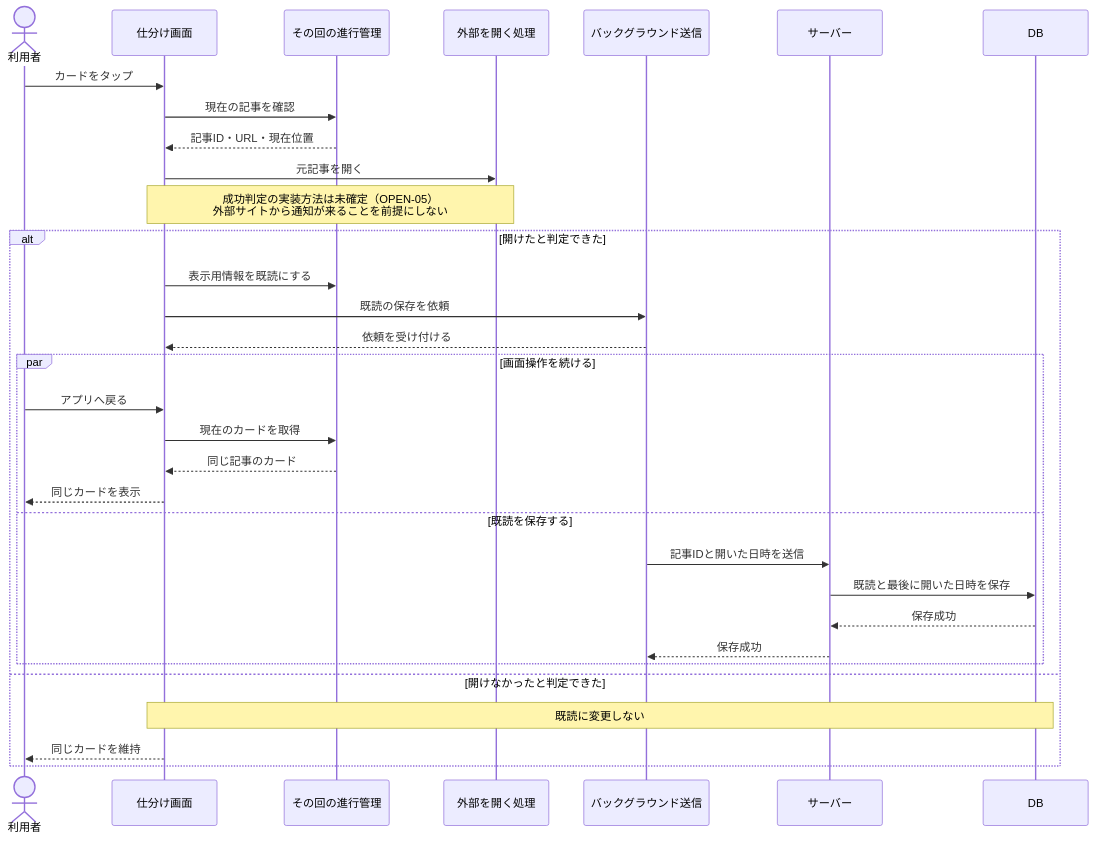
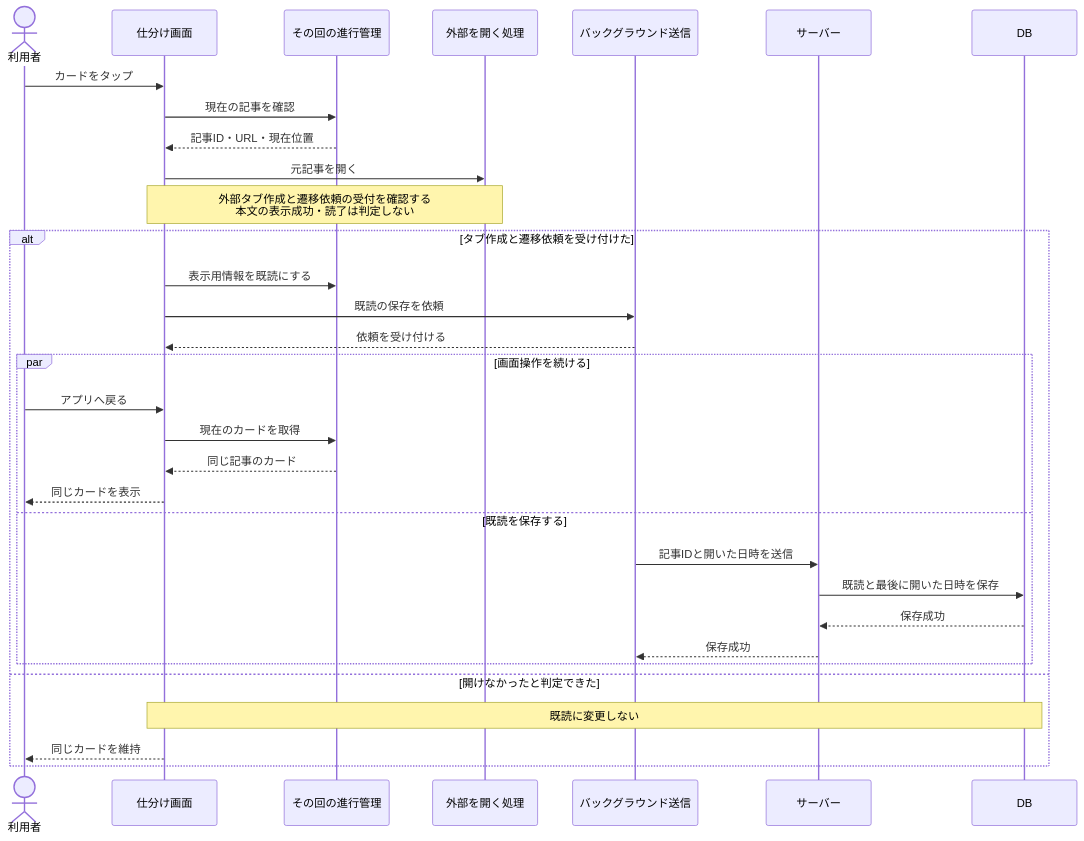
One commit to BeppuKanato/it-discovery changed the fifth of 5 diagrams in docs/sequences.md. Above: the diagram before and after it, drawn with Mermaid. The commit also changed other lines of this file and 6 other files, not shown here.

````diff
--- a/docs/sequences.md
+++ b/docs/sequences.md
@@ -217,36 +217,36 @@
 ```mermaid
 sequenceDiagram
     actor User as 利用者
     participant View as 仕分け画面
     participant Session as その回の進行管理
     participant Open as 外部を開く処理
     participant Background as バックグラウンド送信
     participant Server as サーバー
     participant DB as DB
 
     User->>View: カードをタップ
     View->>Session: 現在の記事を確認
     Session-->>View: 記事ID・URL・現在位置
     View->>Open: 元記事を開く
-    Note over View,Open: 成功判定の実装方法は未確定（OPEN-05）<br/>外部サイトから通知が来ることを前提にしない
+    Note over View,Open: 外部タブ作成と遷移依頼の受付を確認する<br/>本文の表示成功・読了は判定しない
 
-    alt 開けたと判定できた
+    alt タブ作成と遷移依頼を受け付けた
         View->>Session: 表示用情報を既読にする
         View->>Background: 既読の保存を依頼
         Background-->>View: 依頼を受け付ける
         par 画面操作を続ける
             User->>View: アプリへ戻る
             View->>Session: 現在のカードを取得
             Session-->>View: 同じ記事のカード
             View-->>User: 同じカードを表示
         and 既読を保存する
             Background->>Server: 記事IDと開いた日時を送信
             Server->>DB: 既読と最後に開いた日時を保存
             DB-->>Server: 保存成功
             Server-->>Background: 保存成功
         end
     else 開けなかったと判定できた
         Note over View,DB: 既読に変更しない
         View-->>User: 同じカードを維持
     end
 ```
````
